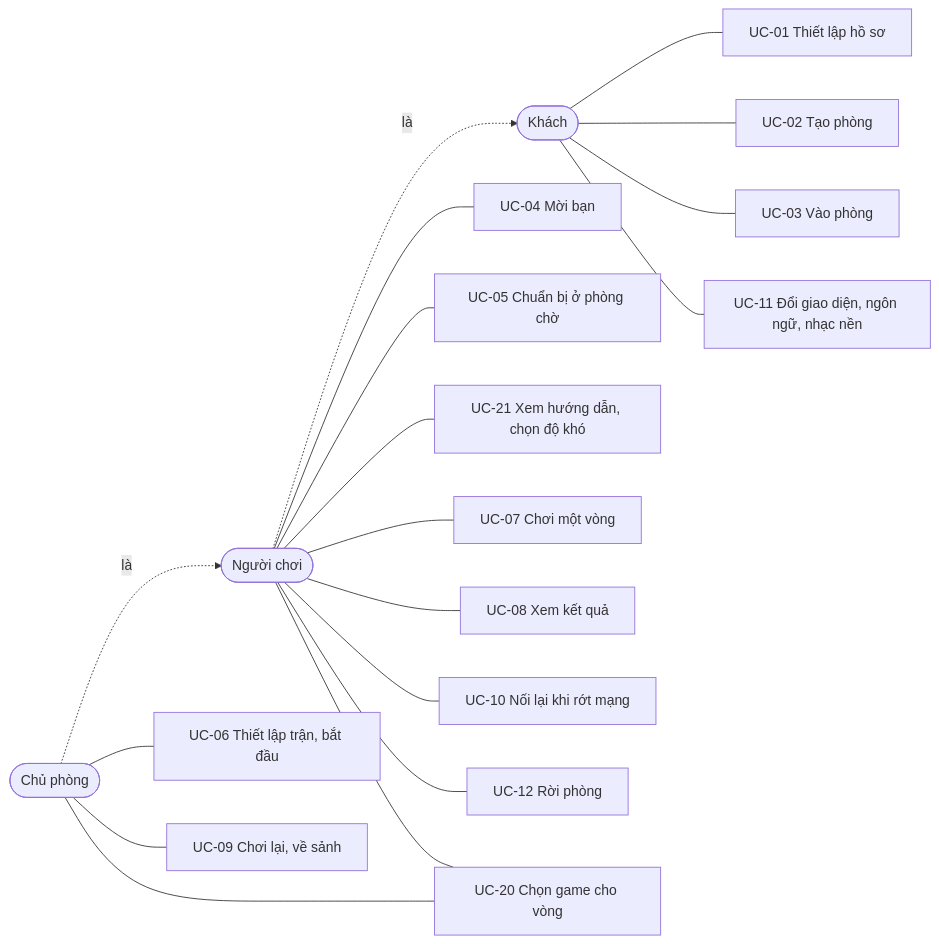
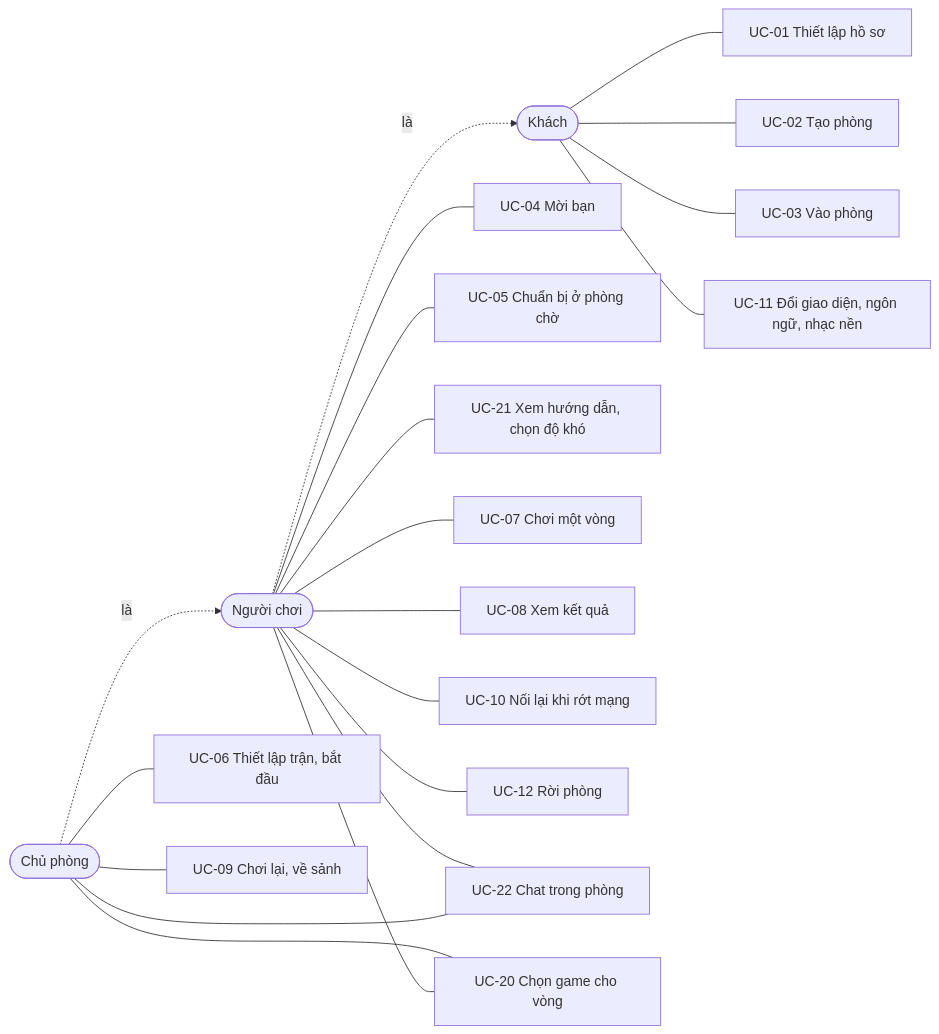
The first of 2 diagrams in docs/01-product/srs.md (hungdinh-dev/brain-rizz), drawn with Mermaid before and after one commit. The commit also changed other lines of this file and 15 other files, not shown here.

````diff
--- a/docs/01-product/srs.md
+++ b/docs/01-product/srs.md
@@ -75,20 +75,22 @@
 ```mermaid
 flowchart LR
   K([Khách]) --- UC01[UC-01 Thiết lập hồ sơ]
   K --- UC02[UC-02 Tạo phòng]
   K --- UC03[UC-03 Vào phòng]
   K --- UC11[UC-11 Đổi giao diện, ngôn ngữ, nhạc nền]
   N([Người chơi]) --- UC04[UC-04 Mời bạn]
   N --- UC05[UC-05 Chuẩn bị ở phòng chờ]
   N --- UC21[UC-21 Xem hướng dẫn, chọn độ khó]
   N --- UC07[UC-07 Chơi một vòng]
   N --- UC08[UC-08 Xem kết quả]
   N --- UC10[UC-10 Nối lại khi rớt mạng]
   N --- UC12[UC-12 Rời phòng]
+  N --- UC22[UC-22 Chat trong phòng]
   C([Chủ phòng]) --- UC06[UC-06 Thiết lập trận, bắt đầu]
   C --- UC20[UC-20 Chọn game cho vòng]
   N --- UC20
   C --- UC09[UC-09 Chơi lại, về sảnh]
+  C --- UC22
   N -.->|là| K
   C -.->|là| N
 ```
````
